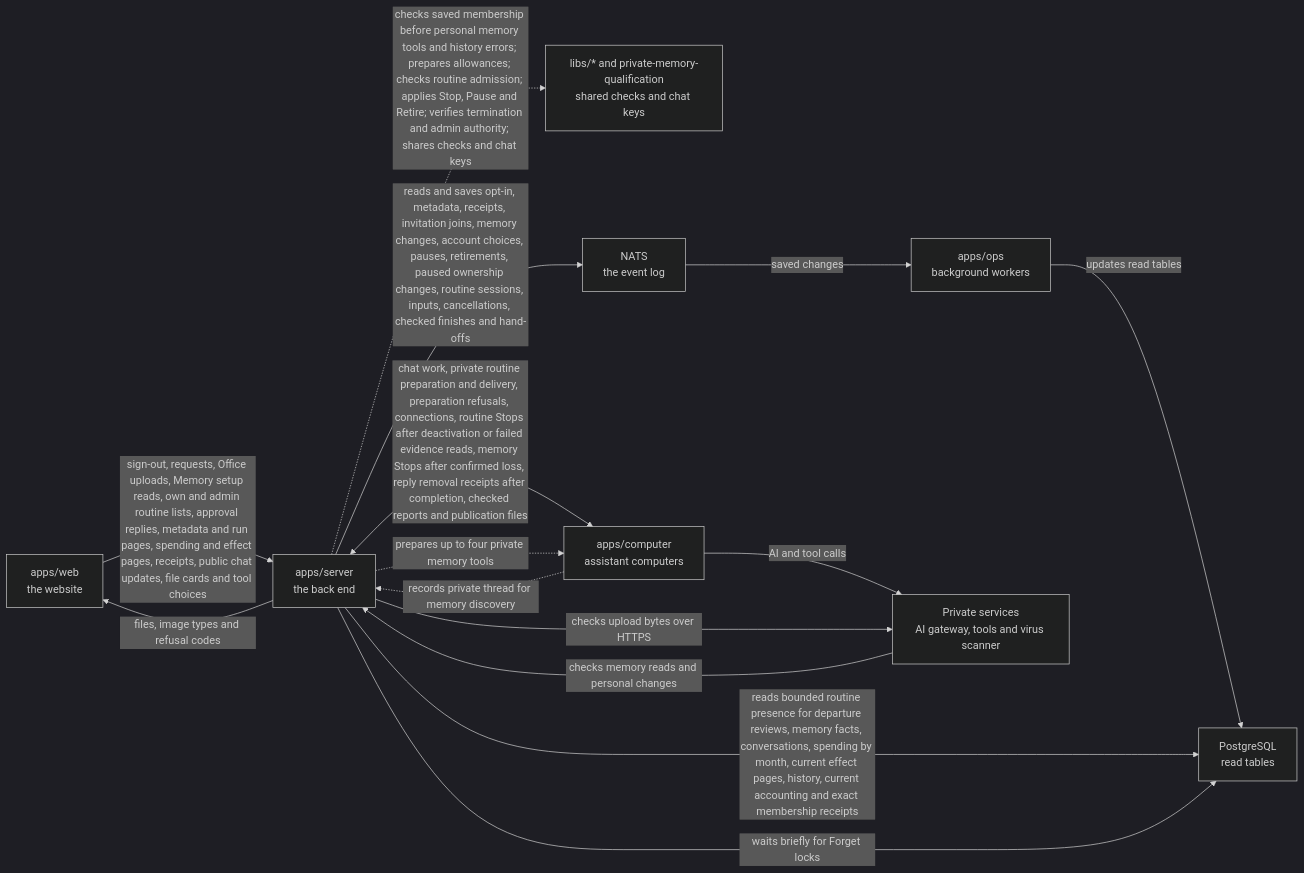
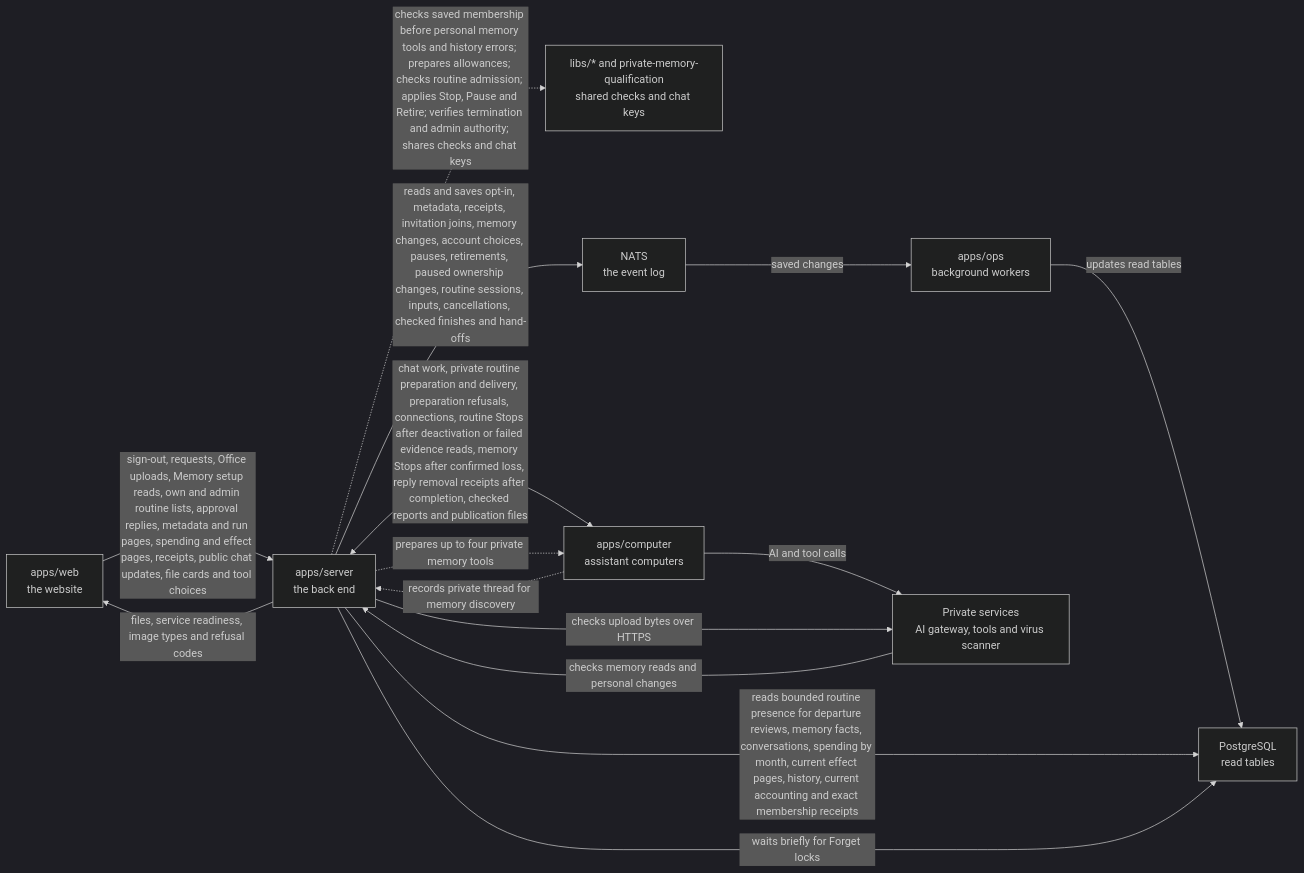
One commit to elewa-git/opencrane-new changed the diagram in apps/server/README.md. Above: the diagram before and after it, drawn with Mermaid (dark theme). The commit also changed other lines of this file and 28 other files, not shown here.

````diff
--- a/apps/server/README.md
+++ b/apps/server/README.md
@@ -183,17 +183,17 @@
 ```mermaid
 flowchart LR
   web["apps/web<br/>the website"] -->|sign-out, requests, Office uploads, Memory setup reads, own and admin routine lists, approval replies, metadata and run pages, spending and effect pages, receipts, public chat updates, file cards and tool choices| server["apps/server<br/>the back end"]
   server -.->|checks saved membership before personal memory tools and history errors; prepares allowances; checks routine admission; applies Stop, Pause and Retire; verifies termination and admin authority; shares checks and chat keys| libs["libs/* and private-memory-qualification<br/>shared checks and chat keys"]
   server -->|reads and saves opt-in, metadata, receipts, invitation joins, memory changes, account choices, pauses, retirements, paused ownership changes, routine sessions, inputs, cancellations, checked finishes and hand-offs| nats["NATS<br/>the event log"]
   nats -->|saved changes| ops["apps/ops<br/>background workers"]
   ops -->|updates read tables| postgres["PostgreSQL<br/>read tables"]
   server -->|reads bounded routine presence for departure reviews, memory facts, conversations, spending by month, current effect pages, history, current accounting and exact membership receipts| postgres
   server -->|waits briefly for Forget locks| postgres
   server <-->|chat work, private routine preparation and delivery, preparation refusals, connections, routine Stops after deactivation or failed evidence reads, memory Stops after confirmed loss, reply removal receipts after completion, checked reports and publication files| computer["apps/computer<br/>assistant computers"]
   computer -.->|records private thread for memory discovery| server
   server -.->|prepares up to four private memory tools| computer
   computer -->|AI and tool calls| runtime["Private services<br/>AI gateway, tools and virus scanner"]
-  server -->|files, image types and refusal codes| web
+  server -->|files, service readiness, image types and refusal codes| web
   server -->|checks upload bytes over HTTPS| runtime
   runtime -->|checks memory reads and personal changes| server
 ```
````
